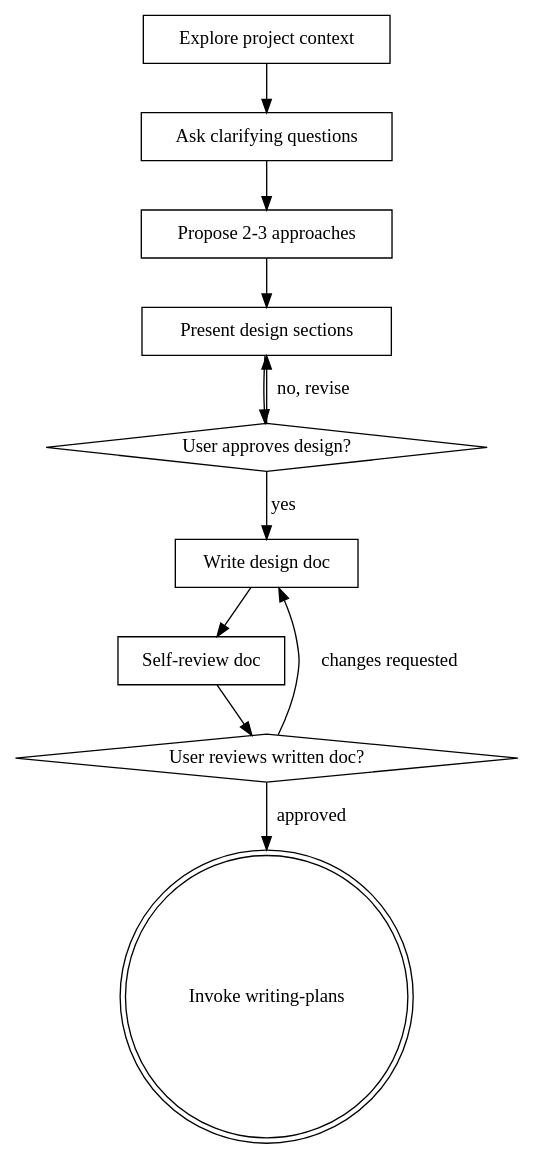
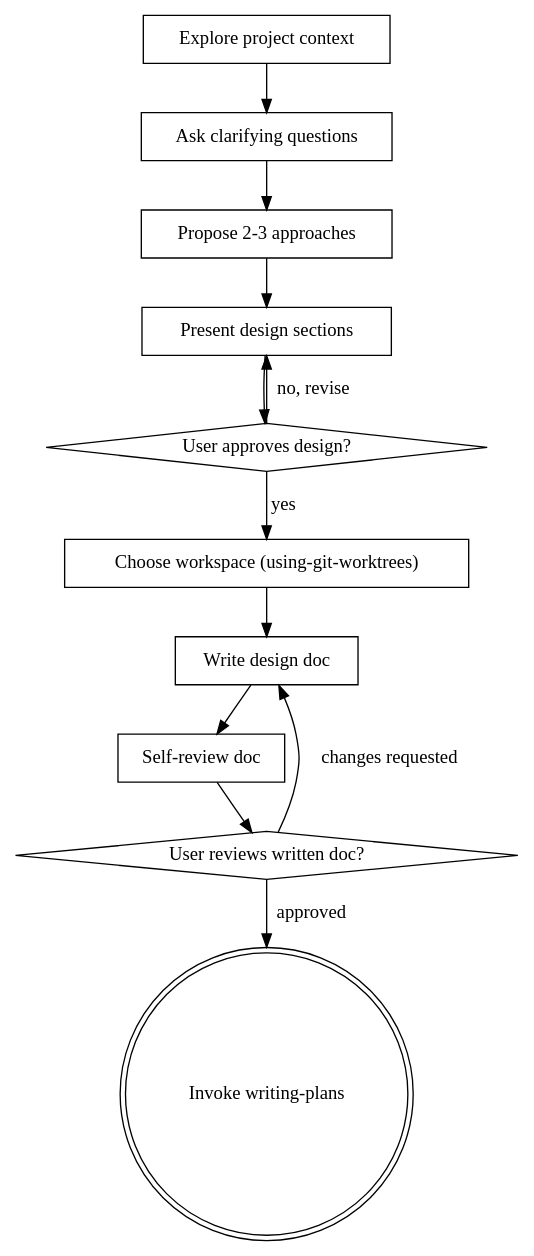
The diagram in skills/brainstorming/SKILL.md (pjurczen/playbooks), drawn with Graphviz before and after one commit. The commit also changed other lines of this file and 4 other files, not shown here.

First line of the commit message:
fix(pipeline): choose workspace during brainstorming, before the first commit

````diff
--- a/skills/brainstorming/SKILL.md
+++ b/skills/brainstorming/SKILL.md
@@ -33,24 +34,26 @@
 ```dot
 digraph brainstorming {
     "Explore project context" [shape=box];
     "Ask clarifying questions" [shape=box];
     "Propose 2-3 approaches" [shape=box];
     "Present design sections" [shape=box];
     "User approves design?" [shape=diamond];
+    "Choose workspace (using-git-worktrees)" [shape=box];
     "Write design doc" [shape=box];
     "Self-review doc" [shape=box];
     "User reviews written doc?" [shape=diamond];
     "Invoke writing-plans" [shape=doublecircle];
 
     "Explore project context" -> "Ask clarifying questions";
     "Ask clarifying questions" -> "Propose 2-3 approaches";
     "Propose 2-3 approaches" -> "Present design sections";
     "Present design sections" -> "User approves design?";
     "User approves design?" -> "Present design sections" [label="no, revise"];
-    "User approves design?" -> "Write design doc" [label="yes"];
+    "User approves design?" -> "Choose workspace (using-git-worktrees)" [label="yes"];
+    "Choose workspace (using-git-worktrees)" -> "Write design doc";
     "Write design doc" -> "Self-review doc";
     "Self-review doc" -> "User reviews written doc?";
     "User reviews written doc?" -> "Write design doc" [label="changes requested"];
     "User reviews written doc?" -> "Invoke writing-plans" [label="approved"];
 }
 ```
````
